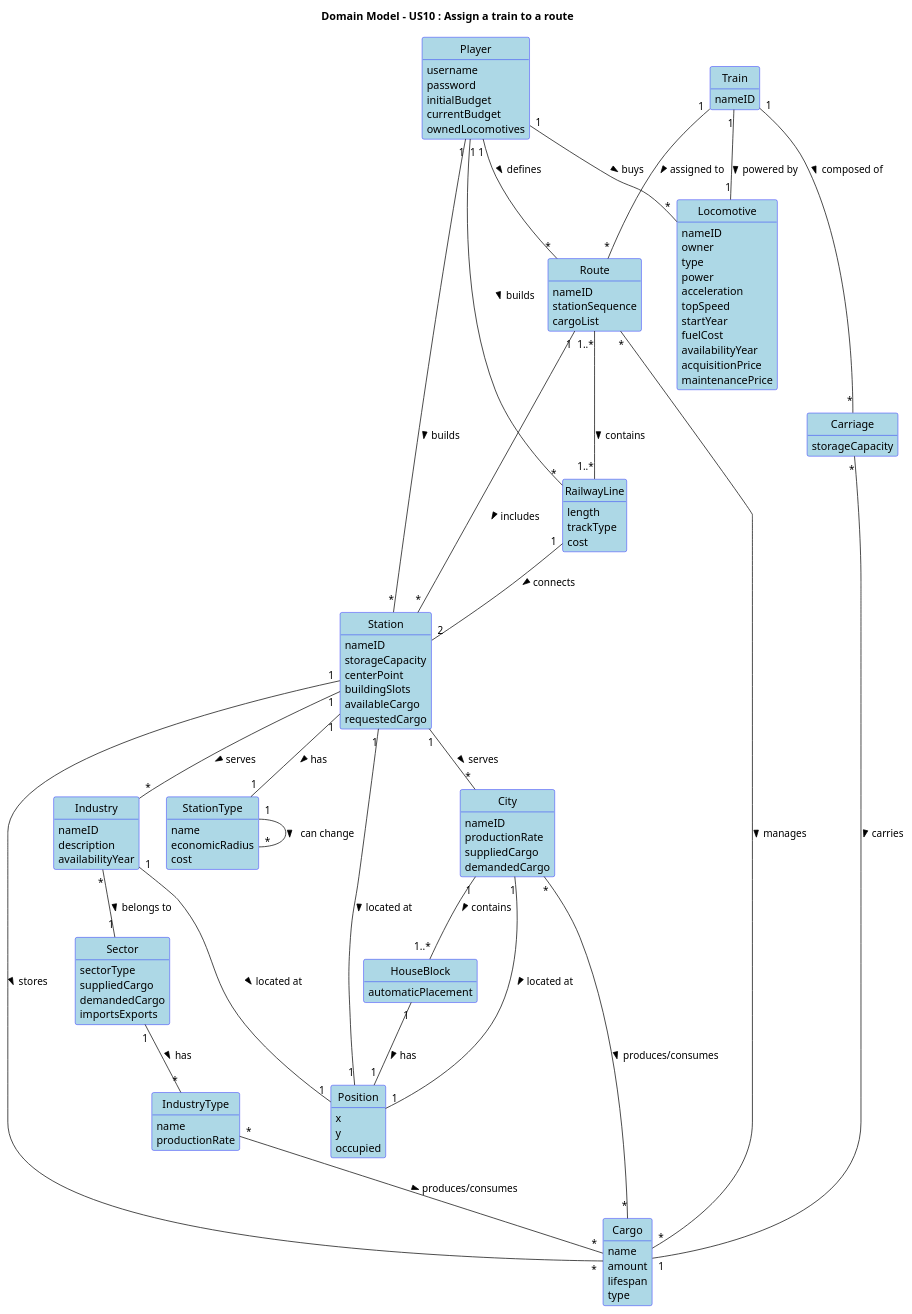
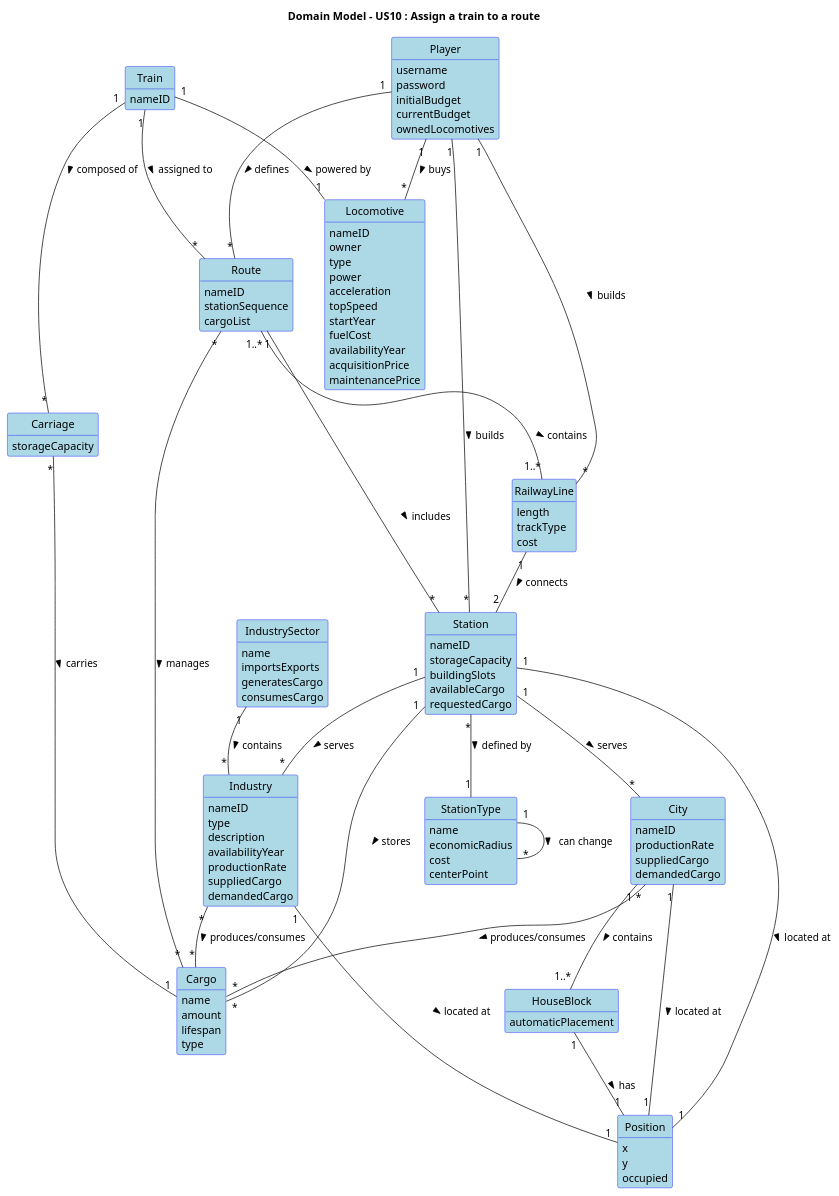
The diagram in docs/system-documentation/Sprint 2/US10/02.analysis/puml/US010-DM.puml (HenriqueSilva18/Railway-Network-Simulator), drawn with PlantUML before and after one commit. The commit also changed 5 other files, not shown here.

```diff
--- a/docs/system-documentation/Sprint 2/US10/02.analysis/puml/US010-DM.puml
+++ b/docs/system-documentation/Sprint 2/US10/02.analysis/puml/US010-DM.puml
@@ -1,156 +1,154 @@
 @startuml
 skinparam packageStyle rectangle
 skinparam shadowing false
 skinparam classAttributeIconSize 0
 skinparam class {
   BackgroundColor LightBlue
   BorderColor Blue
 }
 skinparam enum {
   BackgroundColor LightBlue
   BorderColor Blue
 }
 
 hide circle
 hide methods
 
 title Domain Model - US10 : Assign a train to a route
 
 class Player {
   username
   password
   initialBudget
   currentBudget
   ownedLocomotives
 }
 
 class Position {
   x
   y
   occupied
 }
 
 class City {
   nameID
   productionRate
   suppliedCargo
   demandedCargo
 }
 
 class HouseBlock {
   automaticPlacement
 }
 
 
 class Industry {
   nameID
+  type
   description
   availabilityYear
+  productionRate
+  suppliedCargo
+  demandedCargo
 }
 
-class IndustryType {
+class IndustrySector {
   name
-  productionRate
-}
-
-class Sector {
-  sectorType
-  suppliedCargo
-  demandedCargo
   importsExports
+  generatesCargo
+  consumesCargo
 }
 
 class Station {
   nameID
   storageCapacity
-  centerPoint
   buildingSlots
   availableCargo
   requestedCargo
 }
 
 class StationType {
   name
   economicRadius
   cost
+  centerPoint
 }
 
 class RailwayLine {
   length
   trackType
   cost
 }
 
 class Locomotive {
   nameID
   owner
   type
   power
   acceleration
   topSpeed
   startYear
   fuelCost
   availabilityYear
   acquisitionPrice
   maintenancePrice
 }
 class Route {
   nameID
   stationSequence
   cargoList
 }
 
 class Carriage {
   storageCapacity
 }
 
 class Cargo {
   name
   amount
   lifespan
   type
 }
 
 class Train {
   nameID
 }
 
 Player "1" -- "*" Station : builds >
 Player "1" -- "*" RailwayLine : builds >
 Player "1" -- "*" Locomotive : buys >
 Player "1" -- "*" Route: defines >
 
 Route "1" -- "*" Station : includes >
 Route "*" -- "*" Cargo : manages >
 
 Train "1" -- "1" Locomotive : powered by >
 Train "1" -- "*" Route : assigned to >
 Train "1" -- "*" Carriage : composed of >
 
 RailwayLine "1" -- "2" Station : connects >
 
 Station "1" -- "*" Cargo : stores >
 Station "1" -- "*" City : serves >
 Station "1" -- "*" Industry : serves >
 
 Carriage "*" -- "1" Cargo : carries >
 Route "1..*"-- "1..*" RailwayLine: contains >
 
 City "*" -- "*" Cargo : produces/consumes >
 
 City "1" -- "1" Position : located at >
 Industry "1" -- "1" Position : located at >
 Station "1" -- "1" Position : located at >
 
 City "1" -- "1..*" HouseBlock : contains >
 HouseBlock "1" -- "1" Position : has >
 
-Sector "1" -- "*" IndustryType : has >
-IndustryType "*" -- "*" Cargo : produces/consumes >
+Industry "*" -- "*" Cargo : produces/consumes >
 
-Station "1" -- "1" StationType : has >
-Industry "*" -- "1" Sector : belongs to >
+Station "*" -- "1" StationType : defined by >
+IndustrySector "1" -- "*" Industry : contains >
 
 StationType "1" -- "*" StationType : can change >
 
 @enduml
```
